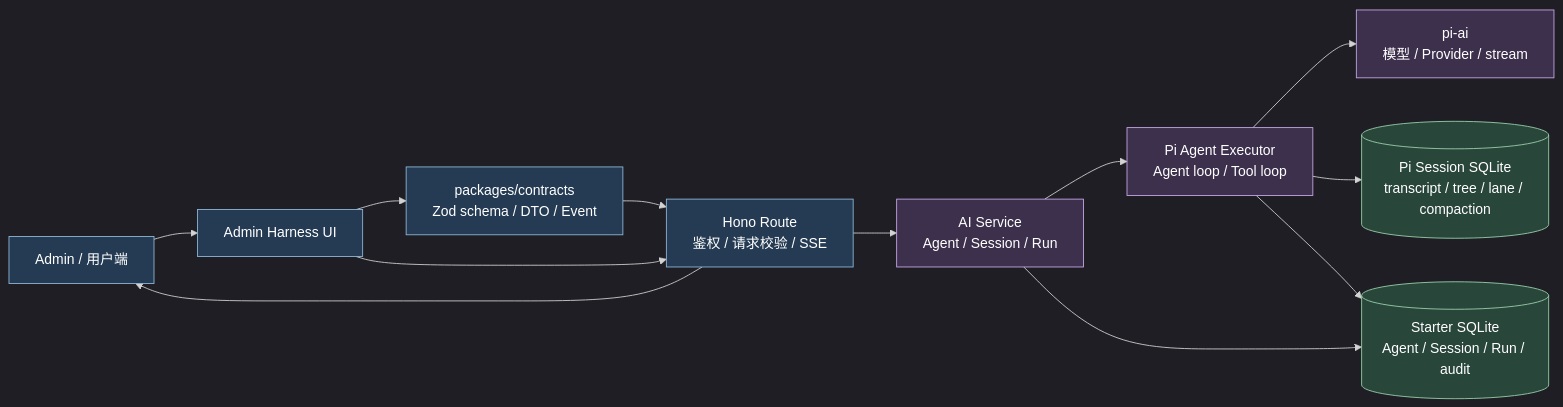
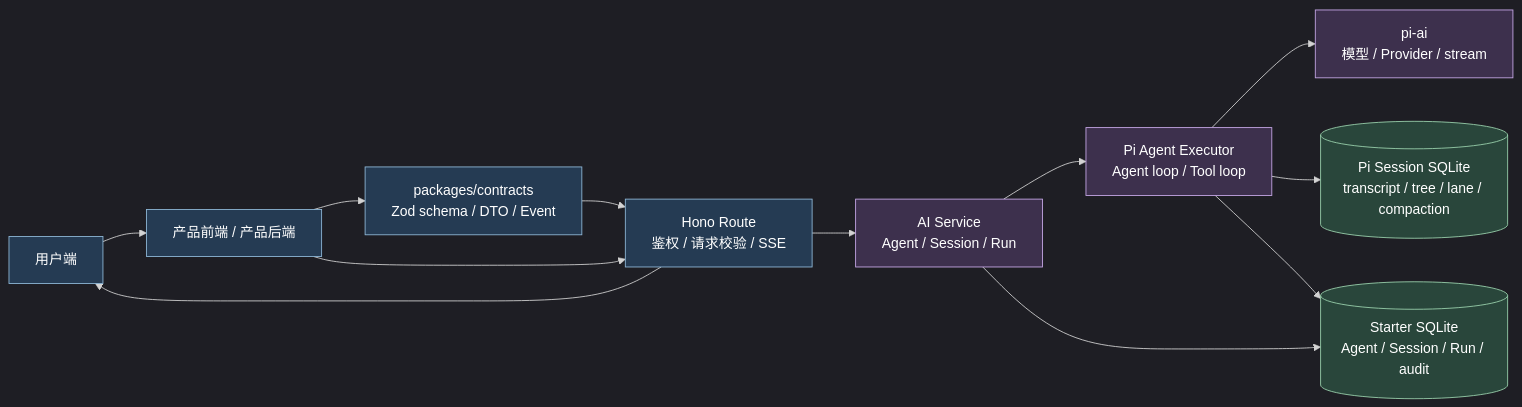
One commit to xidongdong-153/starter changed the first of 5 diagrams in .trellis/spec/api/backend/ai-system-design.md. Above: the diagram before and after it, drawn with Mermaid. The commit also changed other lines of this file and 9 other files, not shown here.

First line of the commit message:
docs(spec): move ai runtime consumer from admin to product

````diff
--- a/.trellis/spec/api/backend/ai-system-design.md
+++ b/.trellis/spec/api/backend/ai-system-design.md
@@ -16,32 +16,32 @@
 ```mermaid
 %%{init: {"theme": "dark"}}%%
 flowchart LR
-  Client["Admin / 用户端"]
+  Client["用户端"]
   Contracts["packages/contracts<br/>Zod schema / DTO / Event"]
   Route["Hono Route<br/>鉴权 / 请求校验 / SSE"]
   Service["AI Service<br/>Agent / Session / Run"]
   Agent["Pi Agent Executor<br/>Agent loop / Tool loop"]
   Provider["pi-ai<br/>模型 / Provider / stream"]
   PiStore[("Pi Session SQLite<br/>transcript / tree / lane / compaction")]
   MainDB[("Starter SQLite<br/>Agent / Session / Run / audit")]
-  Admin["Admin Harness UI"]
+  Product["产品前端 / 产品后端"]
 
-  Client --> Admin
-  Admin --> Contracts
-  Admin --> Route
+  Client --> Product
+  Product --> Contracts
+  Product --> Route
   Contracts --> Route
   Route --> Service
   Service --> Agent
   Agent --> Provider
   Agent --> PiStore
   Service --> MainDB
   Agent --> MainDB
   Route --> Client
 
   classDef boundary fill:#253b53,stroke:#8fb8d8,color:#fff
   classDef runtime fill:#3d304d,stroke:#c7a8e8,color:#fff
   classDef storage fill:#29463b,stroke:#9bd3ad,color:#fff
-  class Client,Admin,Contracts,Route boundary
+  class Client,Product,Contracts,Route boundary
   class Service,Agent,Provider runtime
   class PiStore,MainDB storage
 ```
````
